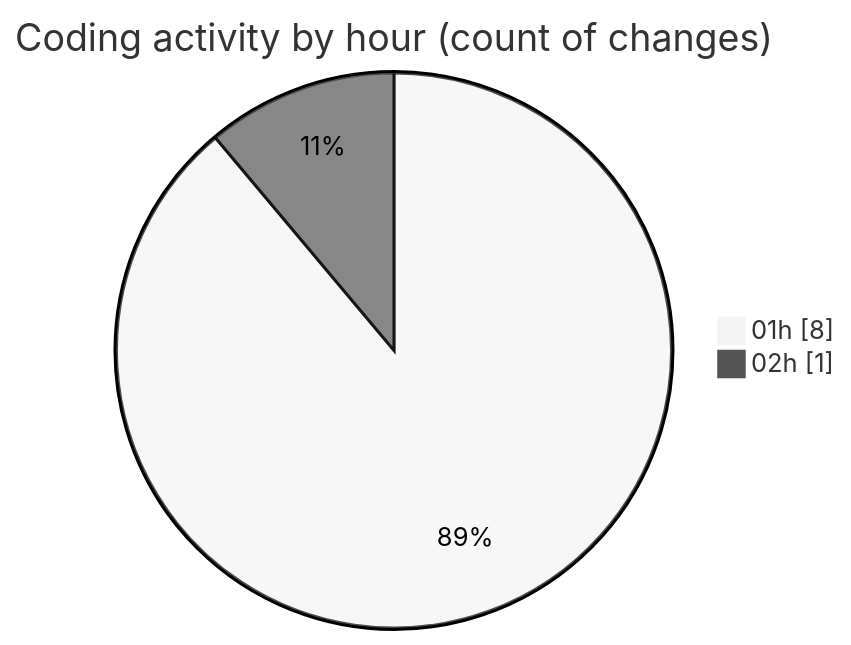
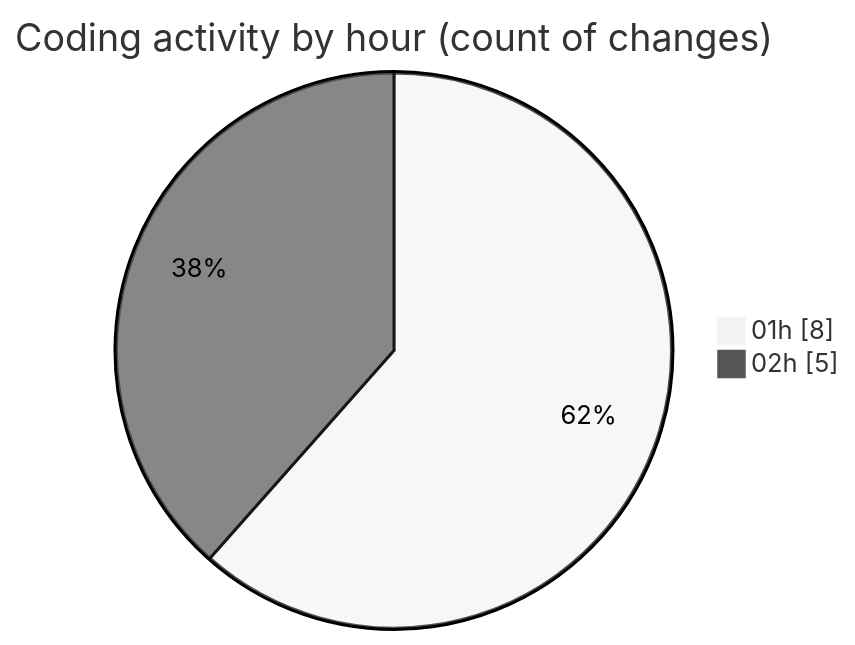
One commit to julien-gomy/code-tracking changed the second of 2 diagrams in 2025-11-21/eventscop-api-guide__workspace_/README.md. Above: the diagram before and after it, drawn with Mermaid (neutral theme). The commit also changed other lines of this file and 1 other file, not shown here.

````diff
--- a/2025-11-21/eventscop-api-guide__workspace_/README.md
+++ b/2025-11-21/eventscop-api-guide__workspace_/README.md
@@ -32,6 +34,6 @@
 ```mermaid
 pie showData
 title Coding activity by hour (count of changes)
 "01h" : 8
-"02h" : 1
+"02h" : 5
 ```
````
